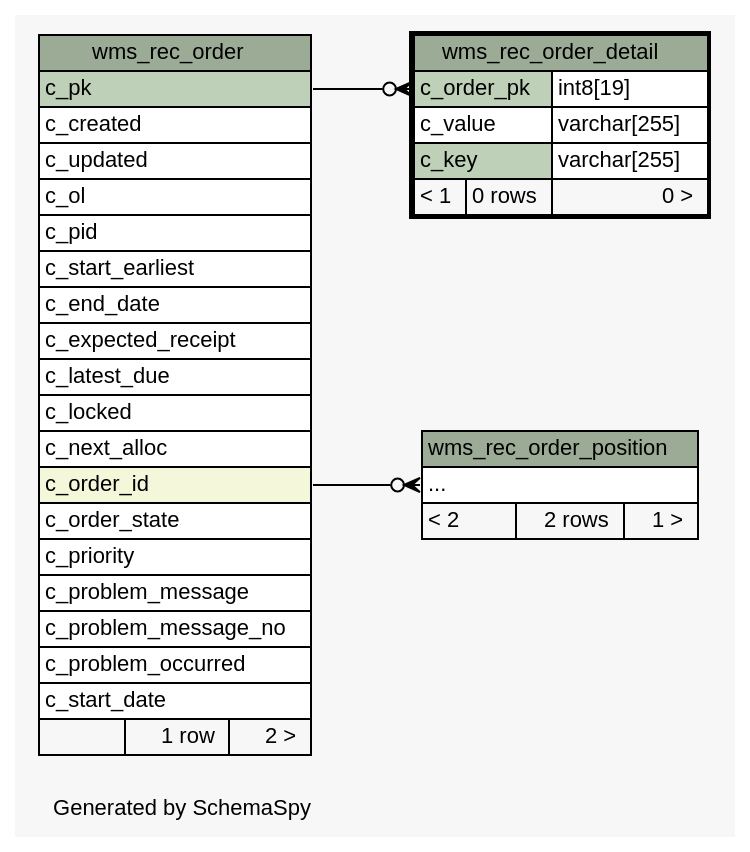
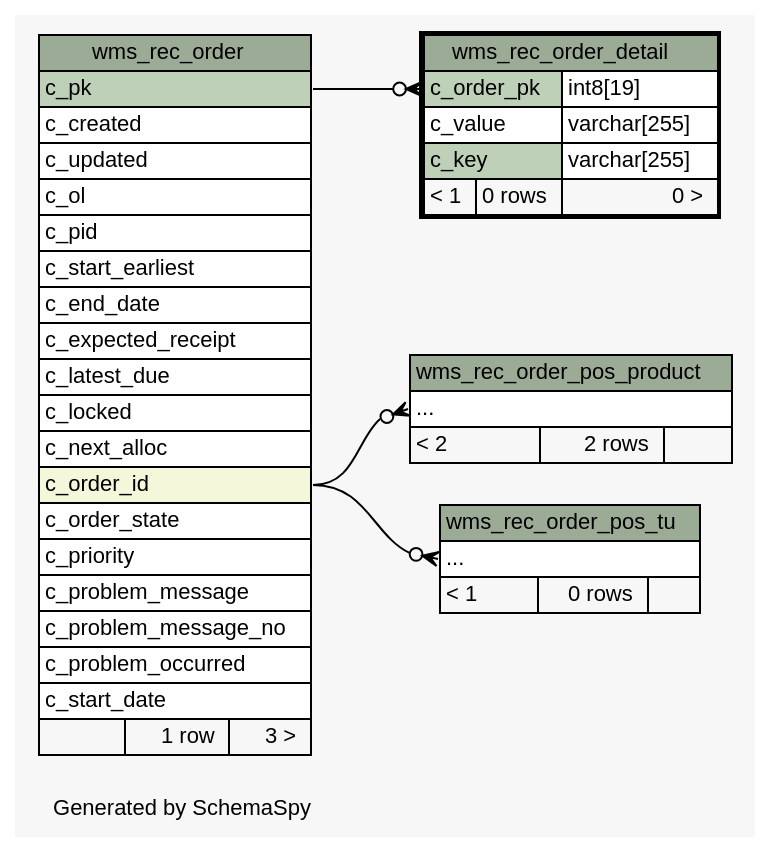
One commit to openwms/org.openwms.wms.receiving.lib changed the diagram in 1.0.0-SNAPSHOT/schemaspy/diagrams/wms_rec_order_detail.2degrees.dot. Above: the diagram before and after it, drawn with Graphviz. The commit also changed 379 other files, not shown here.

```diff
--- a/1.0.0-SNAPSHOT/schemaspy/diagrams/wms_rec_order_detail.2degrees.dot
+++ b/1.0.0-SNAPSHOT/schemaspy/diagrams/wms_rec_order_detail.2degrees.dot
@@ -1,73 +1,84 @@
-// dot 2.43.0 on Linux 5.11.0-1022-azure
+// dot 2.43.0 on Linux 5.11.0-1027-azure
 // SchemaSpy rev Unknown
 digraph "twoDegreesRelationshipsDiagram" {
   graph [
     rankdir="RL"
     bgcolor="#f7f7f7"
     label="\nGenerated by SchemaSpy"
     labeljust="l"
     nodesep="0.18"
     ranksep="0.46"
     fontname="Helvetica"
     fontsize="11"
   ];
   node [
     fontname="Helvetica"
     fontsize="11"
     shape="plaintext"
   ];
   edge [
     arrowsize="0.8"
   ];
   "wms_rec_order_detail":"c_order_pk":w -> "wms_rec_order":"c_pk":e [arrowhead=none dir=back arrowtail=crowodot];
-  "wms_rec_order_position":"elipses":w -> "wms_rec_order":"c_order_id":e [arrowhead=none dir=back arrowtail=crowodot];
+  "wms_rec_order_pos_product":"elipses":w -> "wms_rec_order":"c_order_id":e [arrowhead=none dir=back arrowtail=crowodot];
+  "wms_rec_order_pos_tu":"elipses":w -> "wms_rec_order":"c_order_id":e [arrowhead=none dir=back arrowtail=crowodot];
   "wms_rec_order" [
     label=<
     <TABLE BORDER="0" CELLBORDER="1" CELLSPACING="0" BGCOLOR="#ffffff">
       <TR><TD COLSPAN="3" BGCOLOR="#9bab96" ALIGN="CENTER">wms_rec_order</TD></TR>
       <TR><TD PORT="c_pk" COLSPAN="3" BGCOLOR="#bed1b8" ALIGN="LEFT">c_pk</TD></TR>
       <TR><TD PORT="c_created" COLSPAN="3" ALIGN="LEFT">c_created</TD></TR>
       <TR><TD PORT="c_updated" COLSPAN="3" ALIGN="LEFT">c_updated</TD></TR>
       <TR><TD PORT="c_ol" COLSPAN="3" ALIGN="LEFT">c_ol</TD></TR>
       <TR><TD PORT="c_pid" COLSPAN="3" ALIGN="LEFT">c_pid</TD></TR>
       <TR><TD PORT="c_start_earliest" COLSPAN="3" ALIGN="LEFT">c_start_earliest</TD></TR>
       <TR><TD PORT="c_end_date" COLSPAN="3" ALIGN="LEFT">c_end_date</TD></TR>
       <TR><TD PORT="c_expected_receipt" COLSPAN="3" ALIGN="LEFT">c_expected_receipt</TD></TR>
       <TR><TD PORT="c_latest_due" COLSPAN="3" ALIGN="LEFT">c_latest_due</TD></TR>
       <TR><TD PORT="c_locked" COLSPAN="3" ALIGN="LEFT">c_locked</TD></TR>
       <TR><TD PORT="c_next_alloc" COLSPAN="3" ALIGN="LEFT">c_next_alloc</TD></TR>
       <TR><TD PORT="c_order_id" COLSPAN="3" BGCOLOR="#f4f7da" ALIGN="LEFT">c_order_id</TD></TR>
       <TR><TD PORT="c_order_state" COLSPAN="3" ALIGN="LEFT">c_order_state</TD></TR>
       <TR><TD PORT="c_priority" COLSPAN="3" ALIGN="LEFT">c_priority</TD></TR>
       <TR><TD PORT="c_problem_message" COLSPAN="3" ALIGN="LEFT">c_problem_message</TD></TR>
       <TR><TD PORT="c_problem_message_no" COLSPAN="3" ALIGN="LEFT">c_problem_message_no</TD></TR>
       <TR><TD PORT="c_problem_occurred" COLSPAN="3" ALIGN="LEFT">c_problem_occurred</TD></TR>
       <TR><TD PORT="c_start_date" COLSPAN="3" ALIGN="LEFT">c_start_date</TD></TR>
-      <TR><TD ALIGN="LEFT" BGCOLOR="#f7f7f7">  </TD><TD ALIGN="RIGHT" BGCOLOR="#f7f7f7">1 row</TD><TD ALIGN="RIGHT" BGCOLOR="#f7f7f7">2 &gt;</TD></TR>
+      <TR><TD ALIGN="LEFT" BGCOLOR="#f7f7f7">  </TD><TD ALIGN="RIGHT" BGCOLOR="#f7f7f7">1 row</TD><TD ALIGN="RIGHT" BGCOLOR="#f7f7f7">3 &gt;</TD></TR>
     </TABLE>>
     URL="wms_rec_order.html"
     tooltip="wms_rec_order"
   ];
   "wms_rec_order_detail" [
     label=<
     <TABLE BORDER="2" CELLBORDER="1" CELLSPACING="0" BGCOLOR="#ffffff">
       <TR><TD COLSPAN="3" BGCOLOR="#9bab96" ALIGN="CENTER">wms_rec_order_detail</TD></TR>
       <TR><TD PORT="c_order_pk" COLSPAN="2" BGCOLOR="#bed1b8" ALIGN="LEFT">c_order_pk</TD><TD PORT="c_order_pk.type" ALIGN="LEFT">int8[19]</TD></TR>
       <TR><TD PORT="c_value" COLSPAN="2" ALIGN="LEFT">c_value</TD><TD PORT="c_value.type" ALIGN="LEFT">varchar[255]</TD></TR>
       <TR><TD PORT="c_key" COLSPAN="2" BGCOLOR="#bed1b8" ALIGN="LEFT">c_key</TD><TD PORT="c_key.type" ALIGN="LEFT">varchar[255]</TD></TR>
       <TR><TD ALIGN="LEFT" BGCOLOR="#f7f7f7">&lt; 1</TD><TD ALIGN="RIGHT" BGCOLOR="#f7f7f7">0 rows</TD><TD ALIGN="RIGHT" BGCOLOR="#f7f7f7">0 &gt;</TD></TR>
     </TABLE>>
     URL="wms_rec_order_detail.html"
     tooltip="wms_rec_order_detail"
   ];
-  "wms_rec_order_position" [
+  "wms_rec_order_pos_product" [
     label=<
     <TABLE BORDER="0" CELLBORDER="1" CELLSPACING="0" BGCOLOR="#ffffff">
-      <TR><TD COLSPAN="3" BGCOLOR="#9bab96" ALIGN="CENTER">wms_rec_order_position</TD></TR>
+      <TR><TD COLSPAN="3" BGCOLOR="#9bab96" ALIGN="CENTER">wms_rec_order_pos_product</TD></TR>
       <TR><TD PORT="elipses" COLSPAN="3" ALIGN="LEFT">...</TD></TR>
-      <TR><TD ALIGN="LEFT" BGCOLOR="#f7f7f7">&lt; 2</TD><TD ALIGN="RIGHT" BGCOLOR="#f7f7f7">2 rows</TD><TD ALIGN="RIGHT" BGCOLOR="#f7f7f7">1 &gt;</TD></TR>
+      <TR><TD ALIGN="LEFT" BGCOLOR="#f7f7f7">&lt; 2</TD><TD ALIGN="RIGHT" BGCOLOR="#f7f7f7">2 rows</TD><TD ALIGN="RIGHT" BGCOLOR="#f7f7f7">  </TD></TR>
     </TABLE>>
-    URL="wms_rec_order_position.html"
-    tooltip="wms_rec_order_position"
+    URL="wms_rec_order_pos_product.html"
+    tooltip="wms_rec_order_pos_product"
+  ];
+  "wms_rec_order_pos_tu" [
+    label=<
+    <TABLE BORDER="0" CELLBORDER="1" CELLSPACING="0" BGCOLOR="#ffffff">
+      <TR><TD COLSPAN="3" BGCOLOR="#9bab96" ALIGN="CENTER">wms_rec_order_pos_tu</TD></TR>
+      <TR><TD PORT="elipses" COLSPAN="3" ALIGN="LEFT">...</TD></TR>
+      <TR><TD ALIGN="LEFT" BGCOLOR="#f7f7f7">&lt; 1</TD><TD ALIGN="RIGHT" BGCOLOR="#f7f7f7">0 rows</TD><TD ALIGN="RIGHT" BGCOLOR="#f7f7f7">  </TD></TR>
+    </TABLE>>
+    URL="wms_rec_order_pos_tu.html"
+    tooltip="wms_rec_order_pos_tu"
   ];
 }
```
